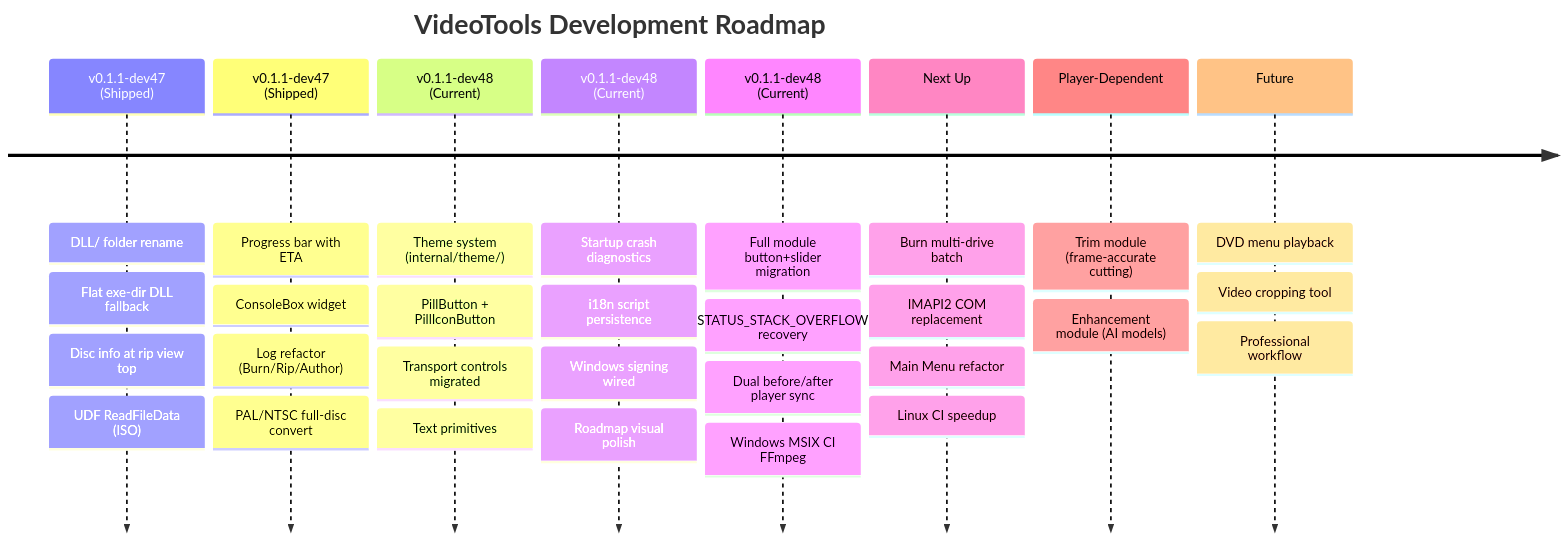
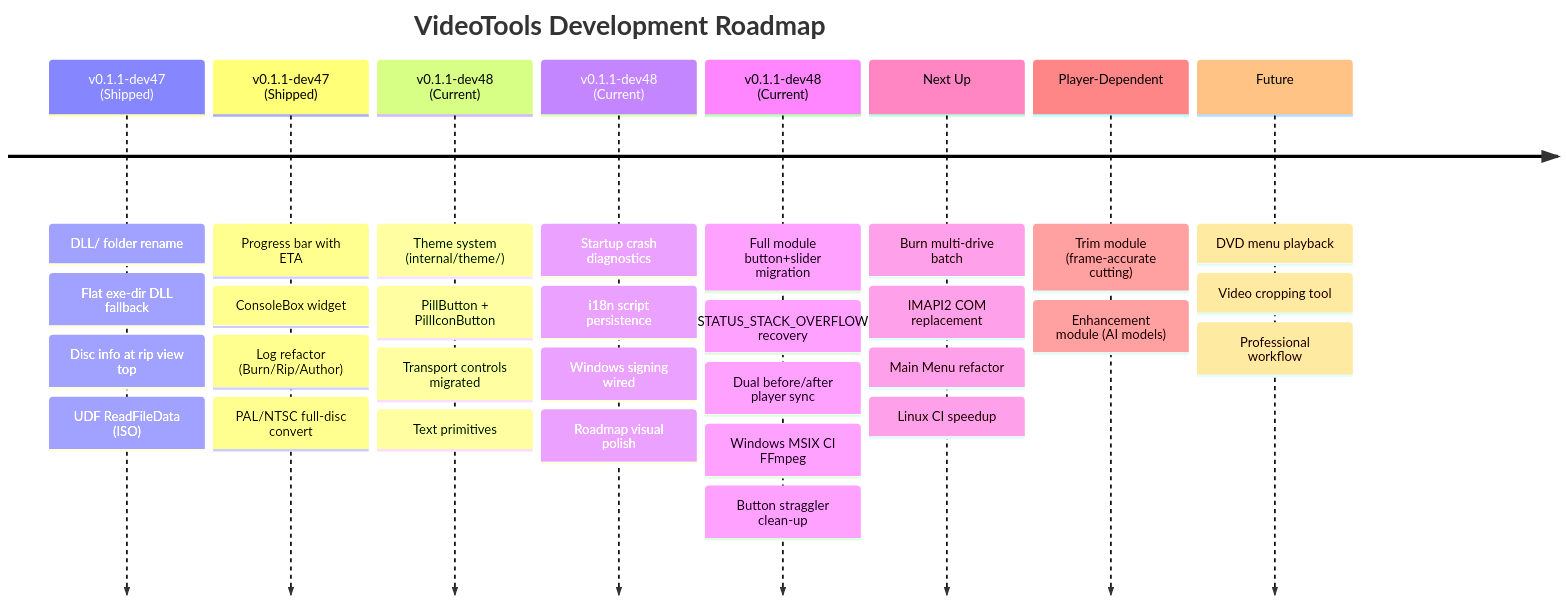
Before and after one commit to LeakTechnologies/VideoTools: the diagram in docs/ROADMAP.md, drawn with Mermaid. The commit also changed other lines of this file and 8 other files, not shown here.

Commit message:
bump to v0.1.1-dev49, close dev48, mark button stragglers as done

````diff
--- a/docs/ROADMAP.md
+++ b/docs/ROADMAP.md
@@ -7,12 +7,12 @@
 ```mermaid
 timeline
     title VideoTools Development Roadmap
     v0.1.1-dev47 (Shipped) : DLL/ folder rename : Flat exe-dir DLL fallback : Disc info at rip view top : UDF ReadFileData (ISO)
     v0.1.1-dev47 (Shipped) : Progress bar with ETA : ConsoleBox widget : Log refactor (Burn/Rip/Author) : PAL/NTSC full-disc convert
     v0.1.1-dev48 (Current) : Theme system (internal/theme/) : PillButton + PillIconButton : Transport controls migrated : Text primitives
     v0.1.1-dev48 (Current) : Startup crash diagnostics : i18n script persistence : Windows signing wired : Roadmap visual polish
-    v0.1.1-dev48 (Current) : Full module button+slider migration : STATUS_STACK_OVERFLOW recovery : Dual before/after player sync : Windows MSIX CI FFmpeg
+    v0.1.1-dev48 (Current) : Full module button+slider migration : STATUS_STACK_OVERFLOW recovery : Dual before/after player sync : Windows MSIX CI FFmpeg : Button straggler clean-up
     Next Up : Burn multi-drive batch : IMAPI2 COM replacement : Main Menu refactor : Linux CI speedup
     Player-Dependent : Trim module (frame-accurate cutting) : Enhancement module (AI models)
     Future : DVD menu playback : Video cropping tool : Professional workflow
 ```
````
